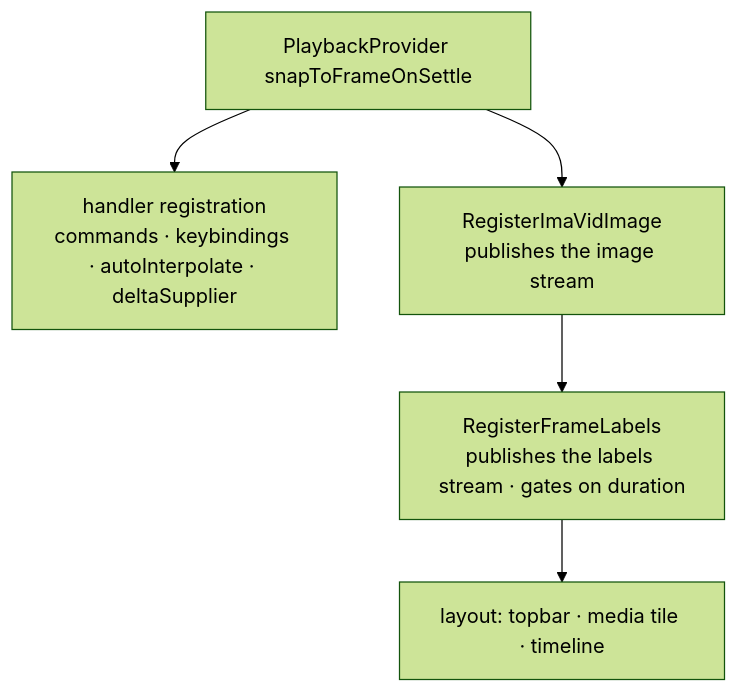
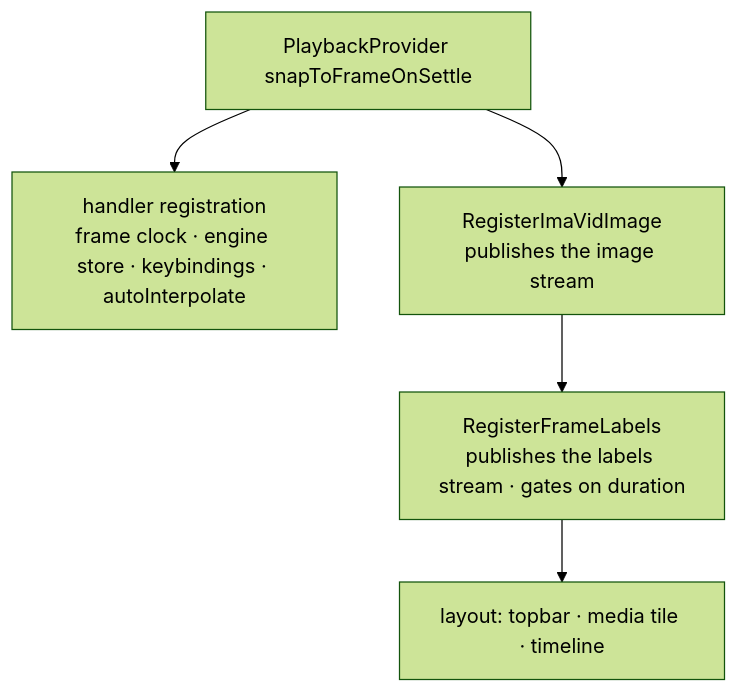
One commit to voxel51/fiftyone changed the fourth of 5 diagrams in app/packages/video-annotation/README.md. Above: the diagram before and after it, drawn with Mermaid (forest theme). The commit also changed other lines of this file and 5 other files, not shown here.

Commit message:
feat(video-annotation): persist video labels through the engine, dropping the delta supplier

````diff
--- a/app/packages/video-annotation/README.md
+++ b/app/packages/video-annotation/README.md
@@ -156,11 +156,11 @@
 ```mermaid
 flowchart TB
     PP[PlaybackProvider snapToFrameOnSettle]
-    HR[handler registration<br/>commands · keybindings · autoInterpolate · deltaSupplier]
+    HR[handler registration<br/>frame clock · engine store · keybindings · autoInterpolate]
     RIV[RegisterImaVidImage<br/>publishes the image stream]
     RFL[RegisterFrameLabels<br/>publishes the labels stream · gates on duration]
     LAYOUT[layout: topbar · media tile · timeline]
 
     PP --> HR
     PP --> RIV --> RFL --> LAYOUT
 ```
````
